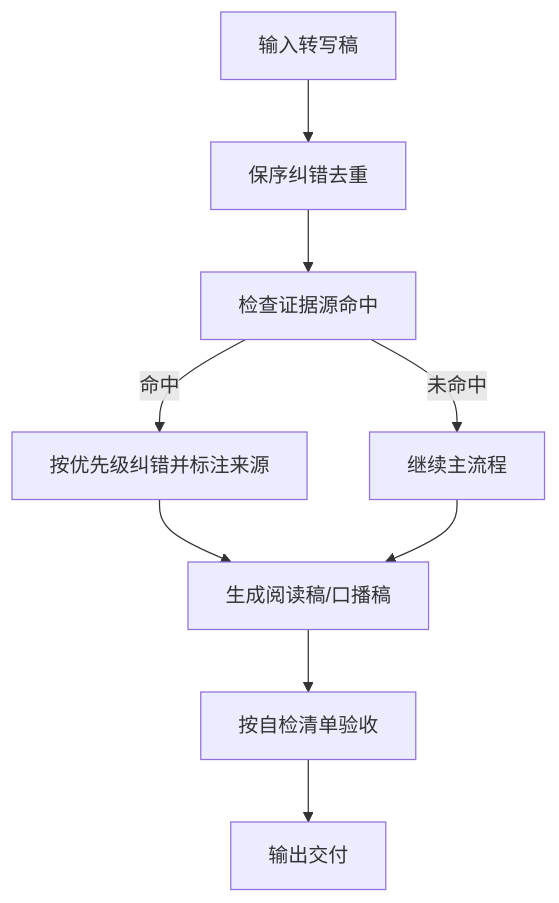
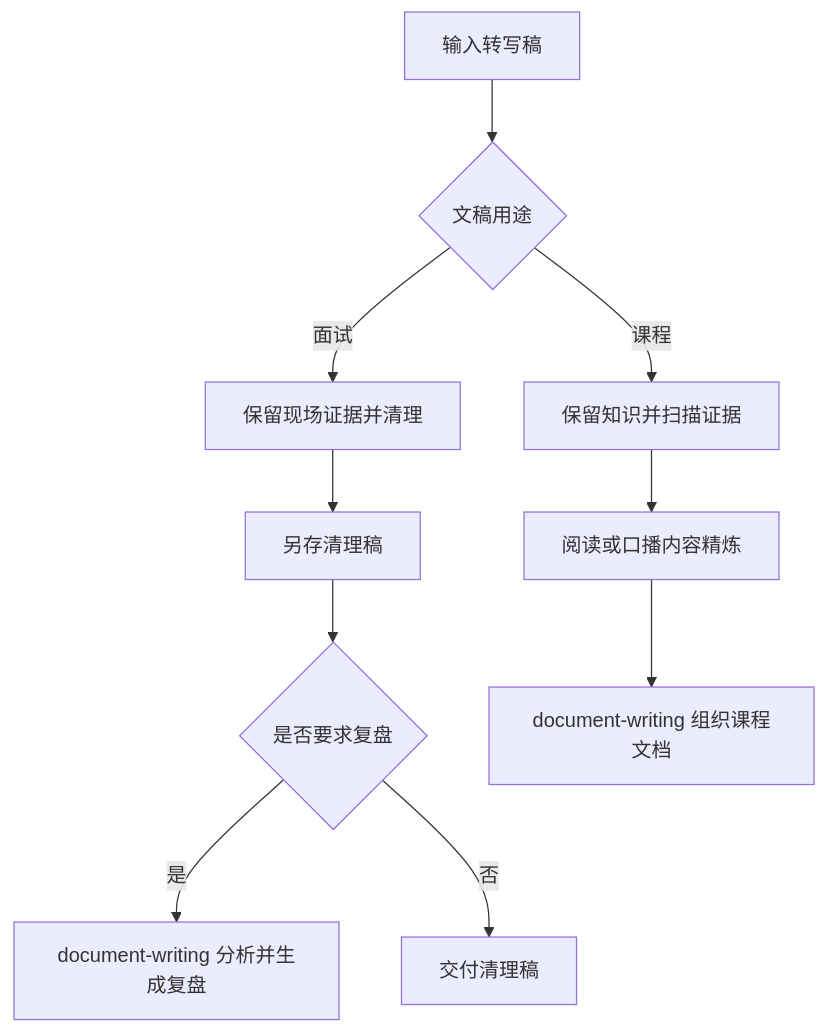
The diagram in skills/transcript-refine/project-docs/design.md (CatNum/personal-skills), drawn with Mermaid before and after one commit. The commit also changed other lines of this file and 35 other files, not shown here.

````diff
--- a/skills/transcript-refine/project-docs/design.md
+++ b/skills/transcript-refine/project-docs/design.md
@@ -16,11 +29,12 @@
 ```mermaid
 flowchart TD
-  A[输入转写稿] --> B[保序纠错去重]
-  B --> C[检查证据源命中]
-  C -->|命中| D[按优先级纠错并标注来源]
-  C -->|未命中| E[继续主流程]
-  D --> F[生成阅读稿/口播稿]
-  E --> F
-  F --> G[按自检清单验收]
-  G --> H[输出交付]
+  A[输入转写稿] --> B{文稿用途}
+  B -->|面试| C[保留现场证据并清理]
+  B -->|课程| D[保留知识并扫描证据]
+  C --> E[另存清理稿]
+  E --> F{是否要求复盘}
+  F -->|是| G[document-writing 分析并生成复盘]
+  F -->|否| H[交付清理稿]
+  D --> I[阅读或口播内容精炼]
+  I --> J[document-writing 组织课程文档]
 ```
````
